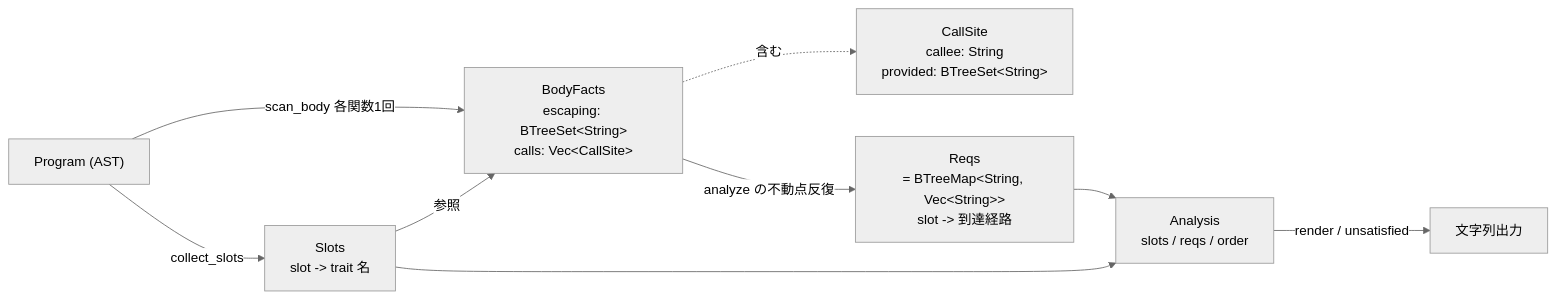
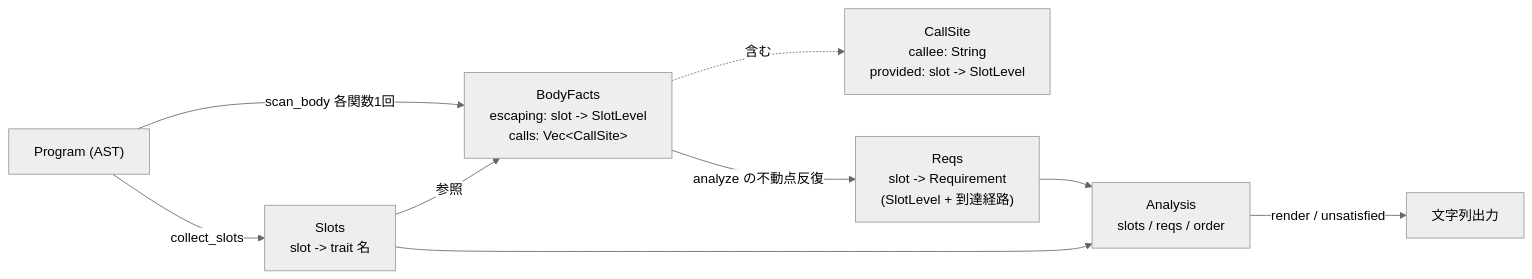
Before and after one commit to mikan-919/rhodolite: the second of 2 diagrams in docs/requirement-map.md, drawn with Mermaid (neutral theme). The commit also changed other lines of this file and 10 other files, not shown here.

````diff
--- a/docs/requirement-map.md
+++ b/docs/requirement-map.md
@@ -52,19 +57,19 @@
 ```mermaid
 flowchart LR
     P["Program (AST)"]
     S["Slots<br/>slot -> trait 名"]
-    BF["BodyFacts<br/>escaping: BTreeSet&lt;String&gt;<br/>calls: Vec&lt;CallSite&gt;"]
-    CS["CallSite<br/>callee: String<br/>provided: BTreeSet&lt;String&gt;"]
-    R["Reqs<br/>= BTreeMap&lt;String, Vec&lt;String&gt;&gt;<br/>slot -> 到達経路"]
+    BF["BodyFacts<br/>escaping: slot -> SlotLevel<br/>calls: Vec&lt;CallSite&gt;"]
+    CS["CallSite<br/>callee: String<br/>provided: slot -> SlotLevel"]
+    R["Reqs<br/>slot -> Requirement<br/>(SlotLevel + 到達経路)"]
     A["Analysis<br/>slots / reqs / order"]
     OUT["文字列出力"]
 
     P -->|collect_slots| S
     P -->|scan_body 各関数1回| BF
     BF -.含む.-> CS
     S -->|参照| BF
     BF -->|analyze の不動点反復| R
     R --> A
     S --> A
     A -->|render / unsatisfied| OUT
 ```
````
